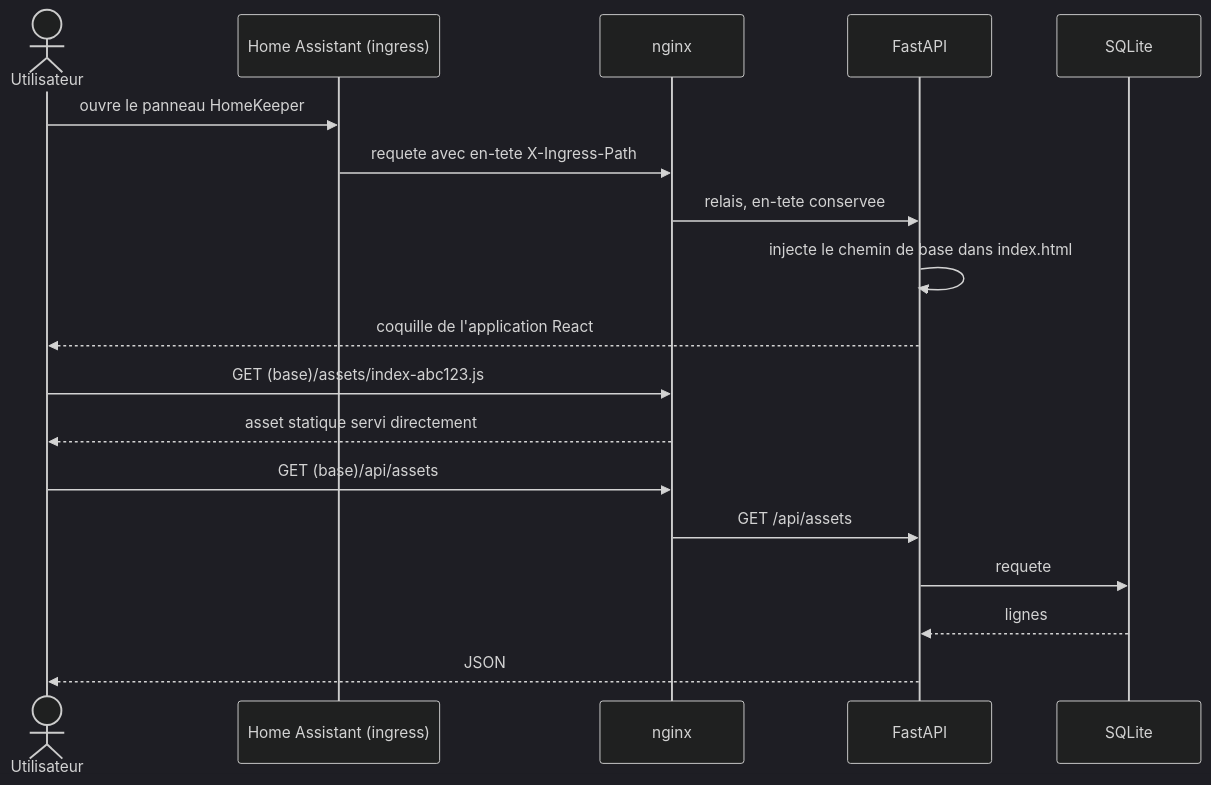
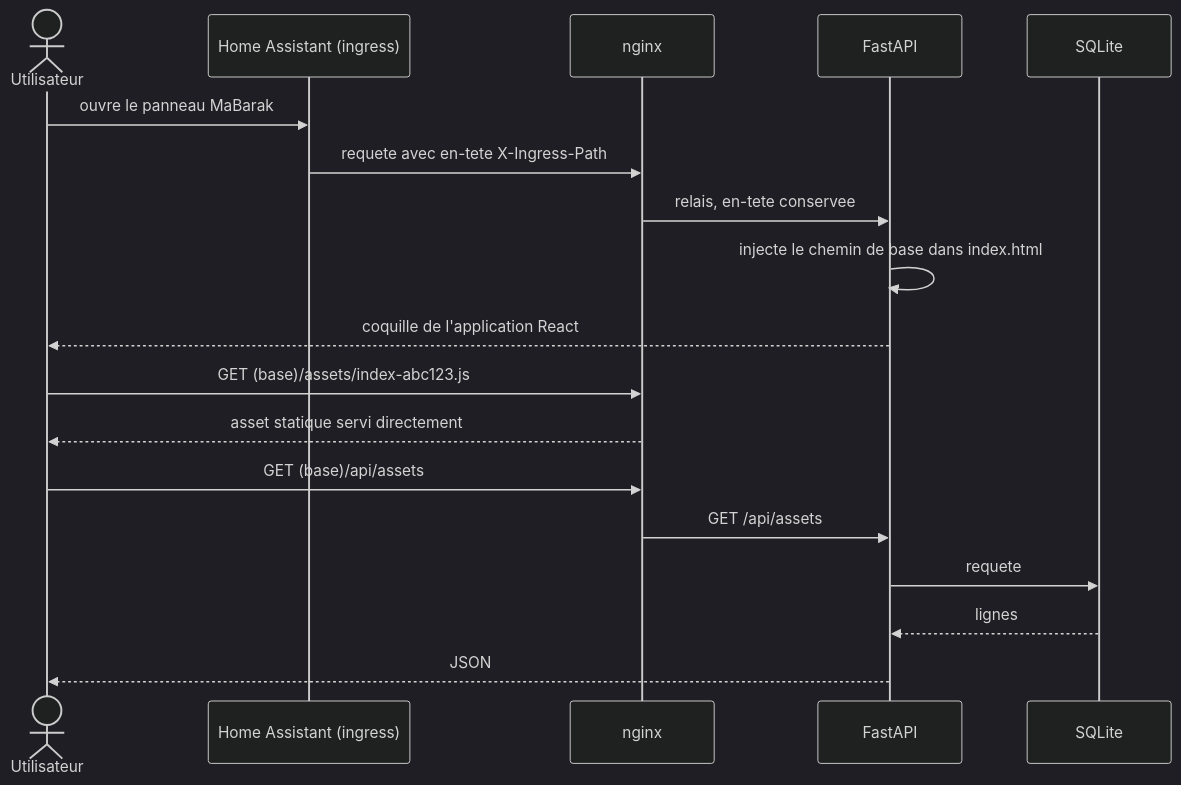
Before and after one commit to k69sknk/myhome: the second of 3 diagrams in docs/ARCHITECTURE.md, drawn with Mermaid (dark theme). The commit also changed other lines of this file and 168 other files, not shown here.

First line of the commit message:
feat!: renomme le produit HomeKeeper en MaBarak

````diff
--- a/docs/ARCHITECTURE.md
+++ b/docs/ARCHITECTURE.md
@@ -209,21 +209,21 @@
 ```mermaid
 sequenceDiagram
     actor U as Utilisateur
     participant HA as Home Assistant (ingress)
     participant N as nginx
     participant API as FastAPI
     participant DB as SQLite
 
-    U->>HA: ouvre le panneau HomeKeeper
+    U->>HA: ouvre le panneau MaBarak
     HA->>N: requete avec en-tete X-Ingress-Path
     N->>API: relais, en-tete conservee
     API->>API: injecte le chemin de base dans index.html
     API-->>U: coquille de l'application React
     U->>N: GET (base)/assets/index-abc123.js
     N-->>U: asset statique servi directement
     U->>N: GET (base)/api/assets
     N->>API: GET /api/assets
     API->>DB: requete
     DB-->>API: lignes
     API-->>U: JSON
 ```
````
